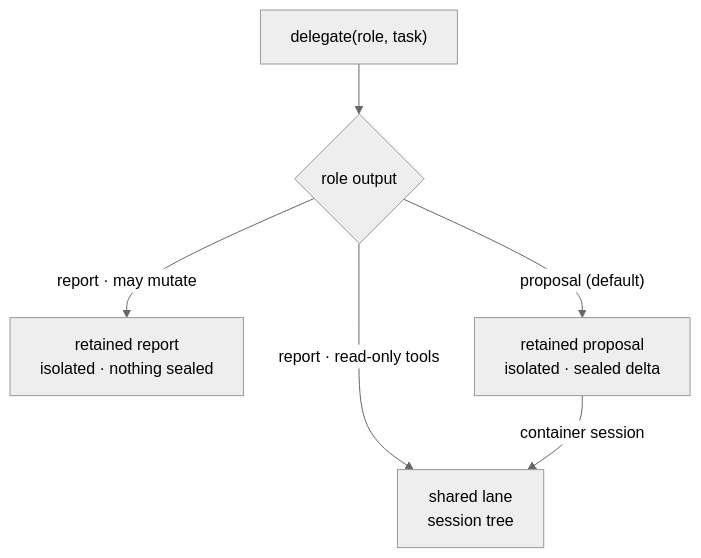
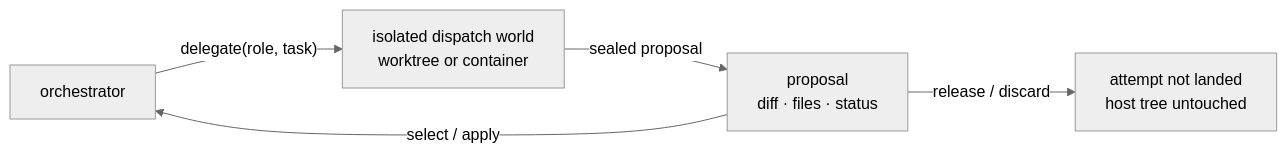
Before and after one commit to buchenberg/yaah: the diagram in README.md, drawn with Mermaid (neutral theme). The commit also changed other lines of this file and 7 other files, not shown here.

````diff
--- a/README.md
+++ b/README.md
@@ -254,8 +42,7 @@
 ```mermaid
-flowchart TD
-  D["delegate(role, task)"] --> Q{"role output"}
-  Q -->|"report · read-only tools"| S["shared lane<br/>session tree"]
-  Q -->|"report · may mutate"| RR["retained report<br/>isolated · nothing sealed"]
-  Q -->|"proposal (default)"| RP["retained proposal<br/>isolated · sealed delta"]
-  RP -->|"container session"| S
+flowchart LR
+  O["orchestrator"] -->|"delegate(role, task)"| W["isolated dispatch world<br/>worktree or container"]
+  W -->|"sealed proposal"| P["proposal<br/>diff · files · status"]
+  P -->|"select / apply"| O
+  P -->|"release / discard"| X["attempt not landed<br/>host tree untouched"]
 ```
````
